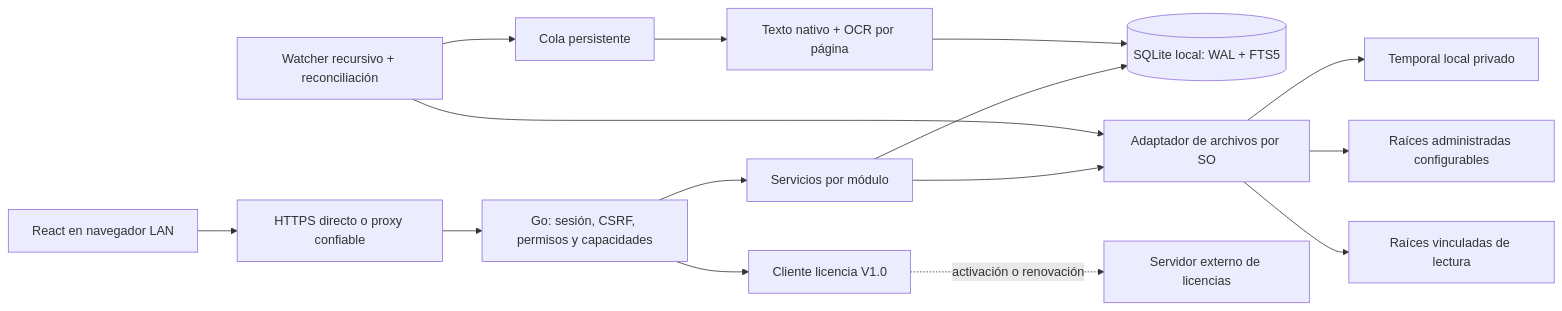
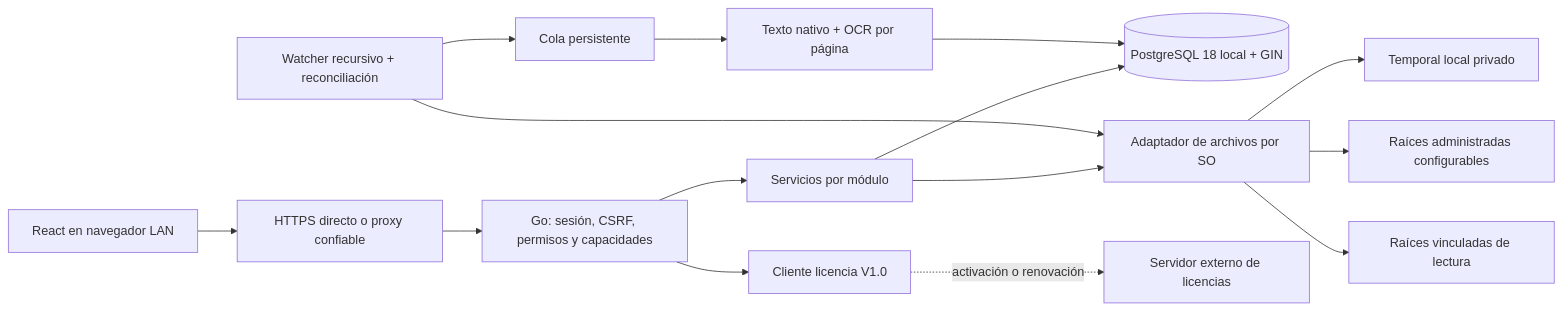
The diagram in ARCHITECTURE.md (eliver-perez/expediente), drawn with Mermaid before and after one commit. The commit also changed other lines of this file and 35 other files, not shown here.

Commit message:
test: adaptar validacion y operacion al runtime PostgreSQL privado

````diff
--- a/ARCHITECTURE.md
+++ b/ARCHITECTURE.md
@@ -11,17 +11,17 @@
 ```mermaid
 flowchart LR
   Browser[React en navegador LAN] --> TLS[HTTPS directo o proxy confiable]
   TLS --> HTTP[Go: sesión, CSRF, permisos y capacidades]
   HTTP --> Services[Servicios por módulo]
-  Services --> SQLite[(SQLite local: WAL + FTS5)]
+  Services --> PostgreSQL[(PostgreSQL 18 local + GIN)]
   Services --> Files[Adaptador de archivos por SO]
   Files --> Private[Temporal local privado]
   Files --> Managed[Raíces administradas configurables]
   Files --> Linked[Raíces vinculadas de lectura]
   Watch[Watcher recursivo + reconciliación] --> Jobs[Cola persistente]
   Jobs --> Workers[Texto nativo + OCR por página]
-  Workers --> SQLite
+  Workers --> PostgreSQL
   Watch --> Files
   HTTP --> License[Cliente licencia V1.0]
   License -. activación o renovación .-> External[Servidor externo de licencias]
 ```
````
